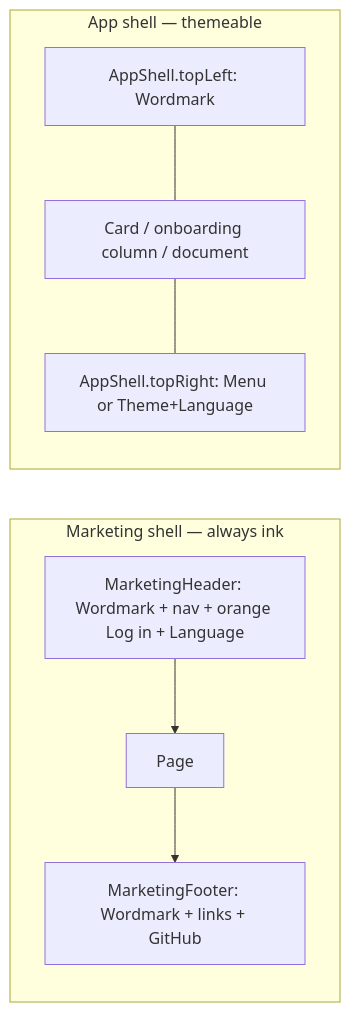
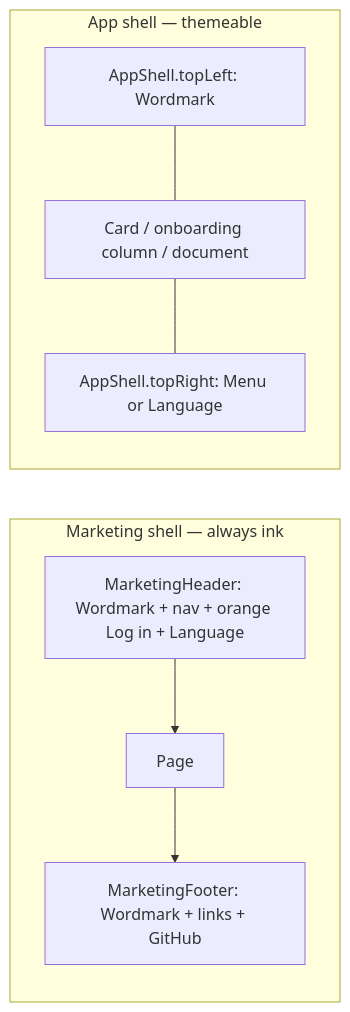
Before and after one commit to 21gifts/app: the third of 3 diagrams in docs/ui.md, drawn with Mermaid. The commit also changed other lines of this file and 122 other files, not shown here.

````diff
--- a/docs/ui.md
+++ b/docs/ui.md
@@ -426,15 +425,15 @@
 ```mermaid
 flowchart LR
   subgraph marketingShell [Marketing shell — always ink]
     MH[MarketingHeader: Wordmark + nav + orange Log in + Language]
     MC[Page]
     MF[MarketingFooter: Wordmark + links + GitHub]
   end
   subgraph appShell [App shell — themeable]
     PL[AppShell.topLeft: Wordmark]
-    PR[AppShell.topRight: Menu or Theme+Language]
+    PR[AppShell.topRight: Menu or Language]
     BODY[Card / onboarding column / document]
   end
   MH --> MC --> MF
   PL --- BODY --- PR
 ```
````
